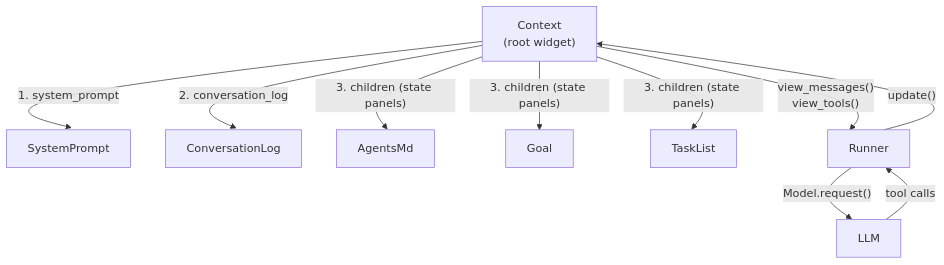
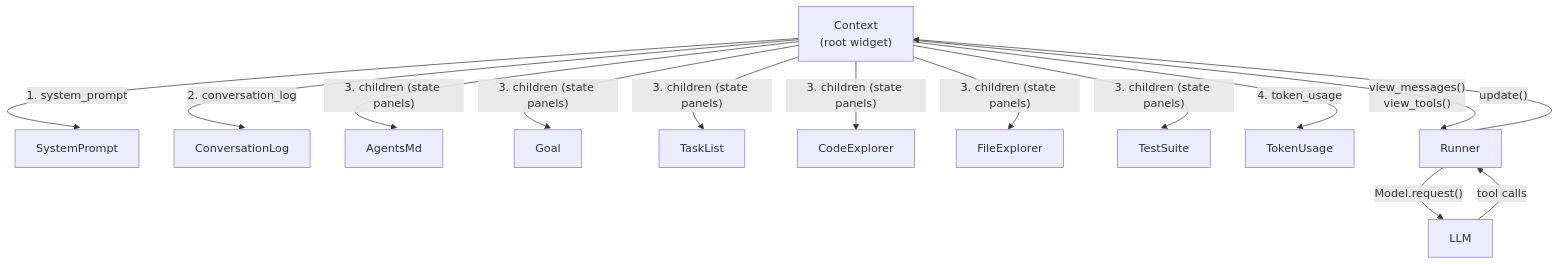
Before and after one commit to nilp0inter/calipso: the second of 2 diagrams in docs/src/overview/README.md, drawn with Mermaid.

Commit message:
Add missing widgets to architecture overview diagram

````diff
--- a/docs/src/overview/README.md
+++ b/docs/src/overview/README.md
@@ -18,14 +18,18 @@
 ```mermaid
 %%{init: {'flowchart': {'curve': 'natural'}}}%%
 flowchart TB
     Context["Context\n(root widget)"]
     Context -- "1. system_prompt" --> SP["SystemPrompt"]
     Context -- "2. conversation_log" --> CL["ConversationLog"]
     Context -- "3. children (state panels)" --> AgentsMd["AgentsMd"]
     Context -- "3. children (state panels)" --> Goal["Goal"]
     Context -- "3. children (state panels)" --> TL["TaskList"]
+    Context -- "3. children (state panels)" --> CE["CodeExplorer"]
+    Context -- "3. children (state panels)" --> FE["FileExplorer"]
+    Context -- "3. children (state panels)" --> TS["TestSuite"]
+    Context -- "4. token_usage" --> TU["TokenUsage"]
     Context -- "view_messages()\nview_tools()" --> Runner["Runner"]
     Runner -- "Model.request()" --> LLM["LLM"]
     LLM -- "tool calls" --> Runner
     Runner -- "update()" --> Context
 ```
````
